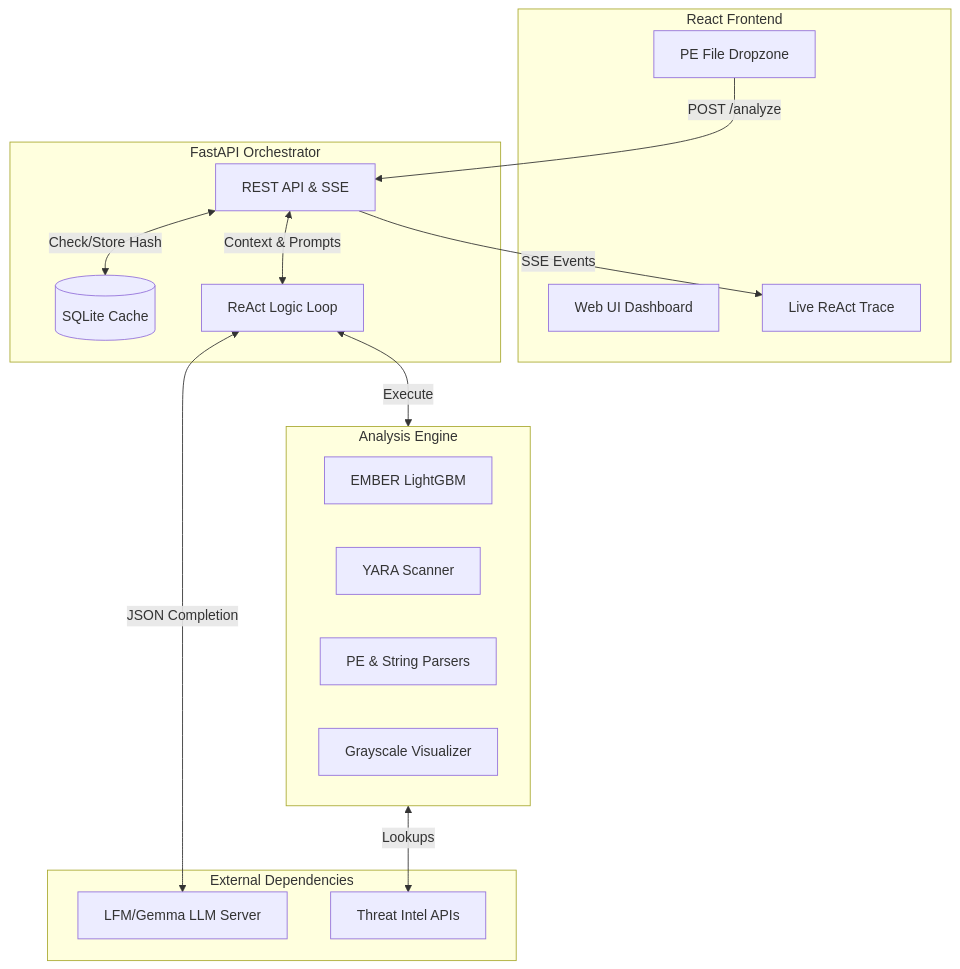
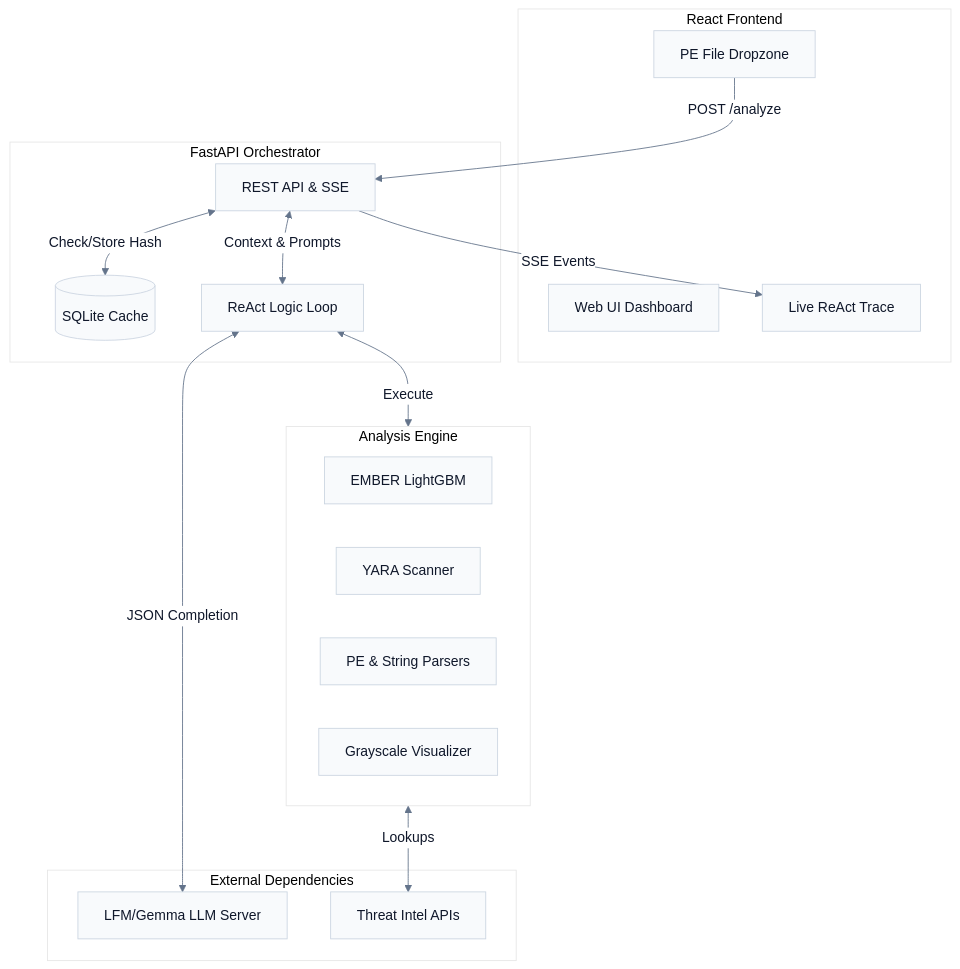
The second of 2 diagrams in README.md (mohamedsameh20/MalWhere), drawn with Mermaid before and after one commit. The commit also changed other lines of this file, not shown here.

Commit message:
docs: Add UI snapshots and enforce light theme for Mermaid diagrams

````diff
--- a/README.md
+++ b/README.md
@@ -73,34 +88,35 @@
 ```mermaid
+%%{init: { 'theme': 'base', 'themeVariables': { 'background': '#ffffff', 'primaryColor': '#f8fafc', 'primaryTextColor': '#0f172a', 'lineColor': '#64748b', 'nodeBorder': '#cbd5e1', 'edgeLabelBackground': '#ffffff' } }}%%
 flowchart TD
     subgraph Frontend[React Frontend]
         UI[Web UI Dashboard]
         Upload[PE File Dropzone]
         Trace[Live ReAct Trace]
     end
 
     subgraph Backend[FastAPI Orchestrator]
         API[REST API & SSE]
         Cache[(SQLite Cache)]
         Agent[ReAct Logic Loop]
     end
 
     subgraph Tools[Analysis Engine]
         ML[EMBER LightGBM]
         YARA[YARA Scanner]
         Static[PE & String Parsers]
         Visual[Grayscale Visualizer]
     end
 
     subgraph External[External Dependencies]
         LLM[LFM/Gemma LLM Server]
         TI[Threat Intel APIs]
     end
 
     Upload -->|POST /analyze| API
     API <-->|Check/Store Hash| Cache
     API <-->|Context & Prompts| Agent
     Agent <-->|Execute| Tools
     Agent <-->|JSON Completion| LLM
     Tools <-->|Lookups| TI
     API -->|SSE Events| Trace
 ```
````
